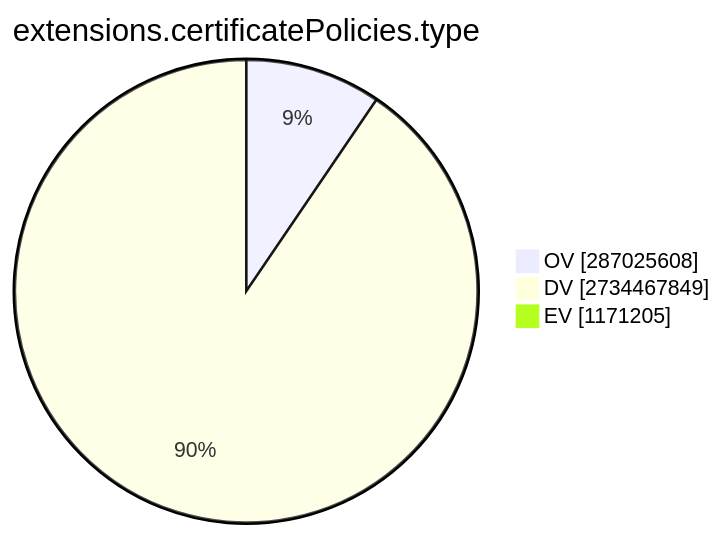
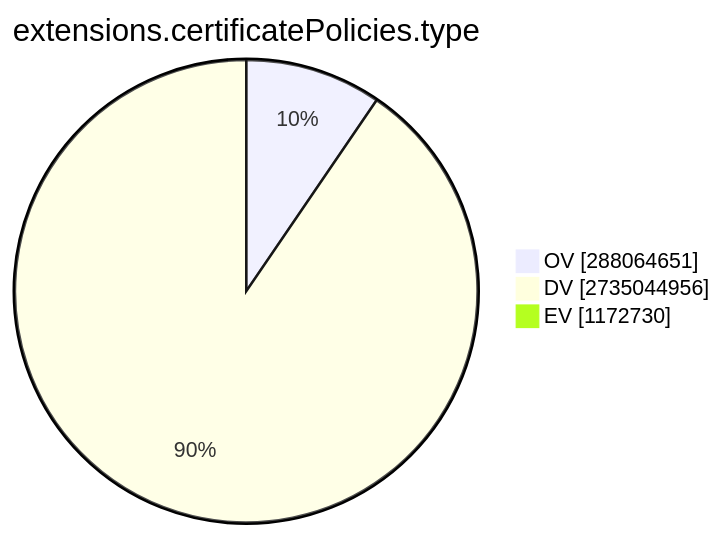
One commit to christiankrug/ctmonitor_visualization changed the ninth of 15 diagrams in TOTAL/README.md. Above: the diagram before and after it, drawn with Mermaid. The commit also changed other lines of this file, not shown here.

````diff
--- a/TOTAL/README.md
+++ b/TOTAL/README.md
@@ -3090,7 +3092,7 @@
 ```mermaid
 pie showData
 title extensions.certificatePolicies.type
-"OV" :287025608
-"DV" :2734467849
-"EV" :1171205
+"OV" :288064651
+"DV" :2735044956
+"EV" :1172730
 ```
````
